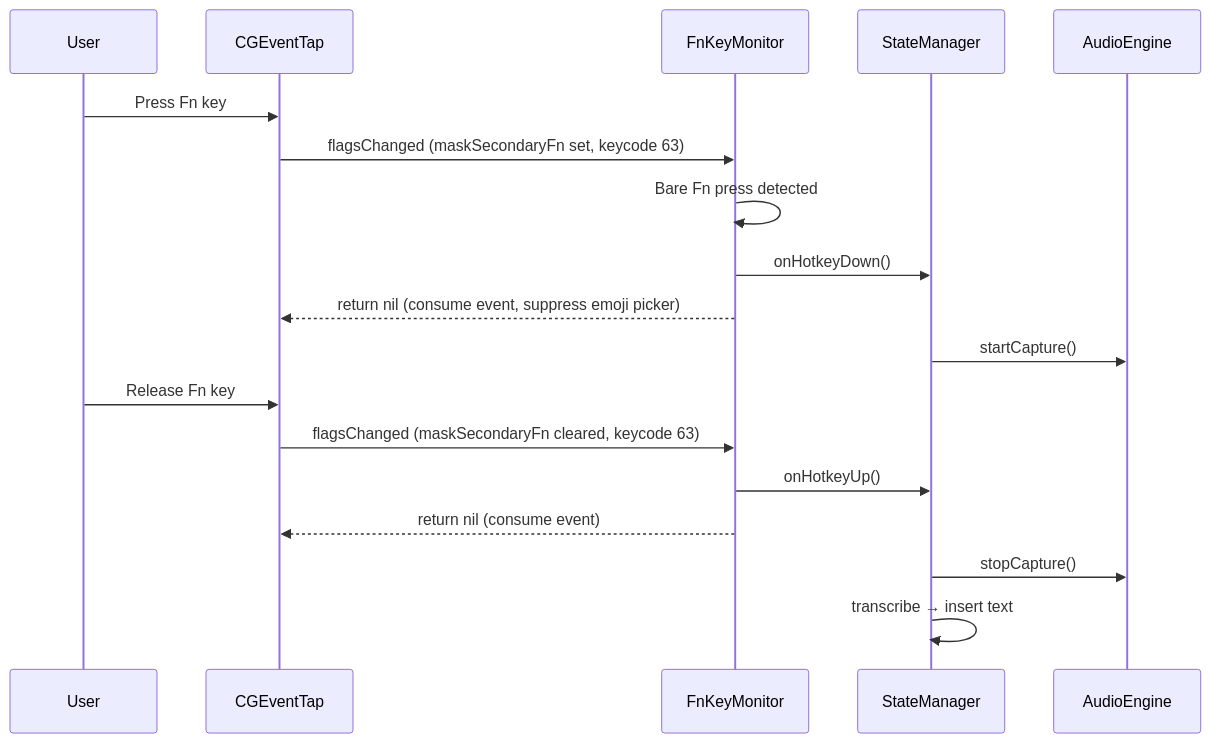
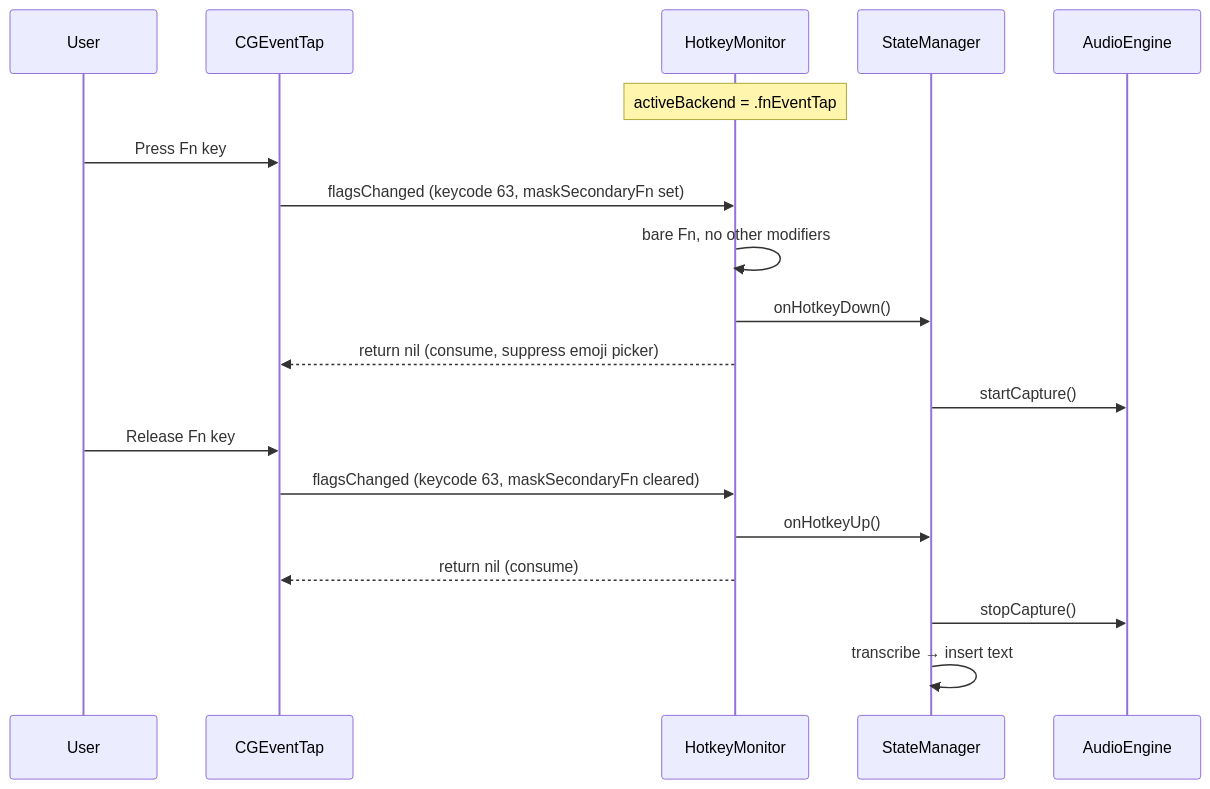
Before and after one commit to sebsto/wispr: the diagram in .kiro/specs/fn-key-hotkey/design.md, drawn with Mermaid. The commit also changed other lines of this file and 2 other files, not shown here.

Commit message:
unified key trap front end API for the app. one API, two backends

````diff
--- a/.kiro/specs/fn-key-hotkey/design.md
+++ b/.kiro/specs/fn-key-hotkey/design.md
@@ -167,22 +282,24 @@
 ```mermaid
 sequenceDiagram
     participant U as User
     participant CGE as CGEventTap
-    participant FKM as FnKeyMonitor
+    participant HM as HotkeyMonitor
     participant SM as StateManager
     participant AE as AudioEngine
 
+    Note over HM: activeBackend = .fnEventTap
+
     U->>CGE: Press Fn key
-    CGE->>FKM: flagsChanged (maskSecondaryFn set, keycode 63)
-    FKM->>FKM: Bare Fn press detected
-    FKM->>SM: onHotkeyDown()
-    FKM-->>CGE: return nil (consume event, suppress emoji picker)
+    CGE->>HM: flagsChanged (keycode 63, maskSecondaryFn set)
+    HM->>HM: bare Fn, no other modifiers
+    HM->>SM: onHotkeyDown()
+    HM-->>CGE: return nil (consume, suppress emoji picker)
     SM->>AE: startCapture()
 
     U->>CGE: Release Fn key
-    CGE->>FKM: flagsChanged (maskSecondaryFn cleared, keycode 63)
-    FKM->>SM: onHotkeyUp()
-    FKM-->>CGE: return nil (consume event)
+    CGE->>HM: flagsChanged (keycode 63, maskSecondaryFn cleared)
+    HM->>SM: onHotkeyUp()
+    HM-->>CGE: return nil (consume)
     SM->>AE: stopCapture()
     SM->>SM: transcribe → insert text
 ```
````
